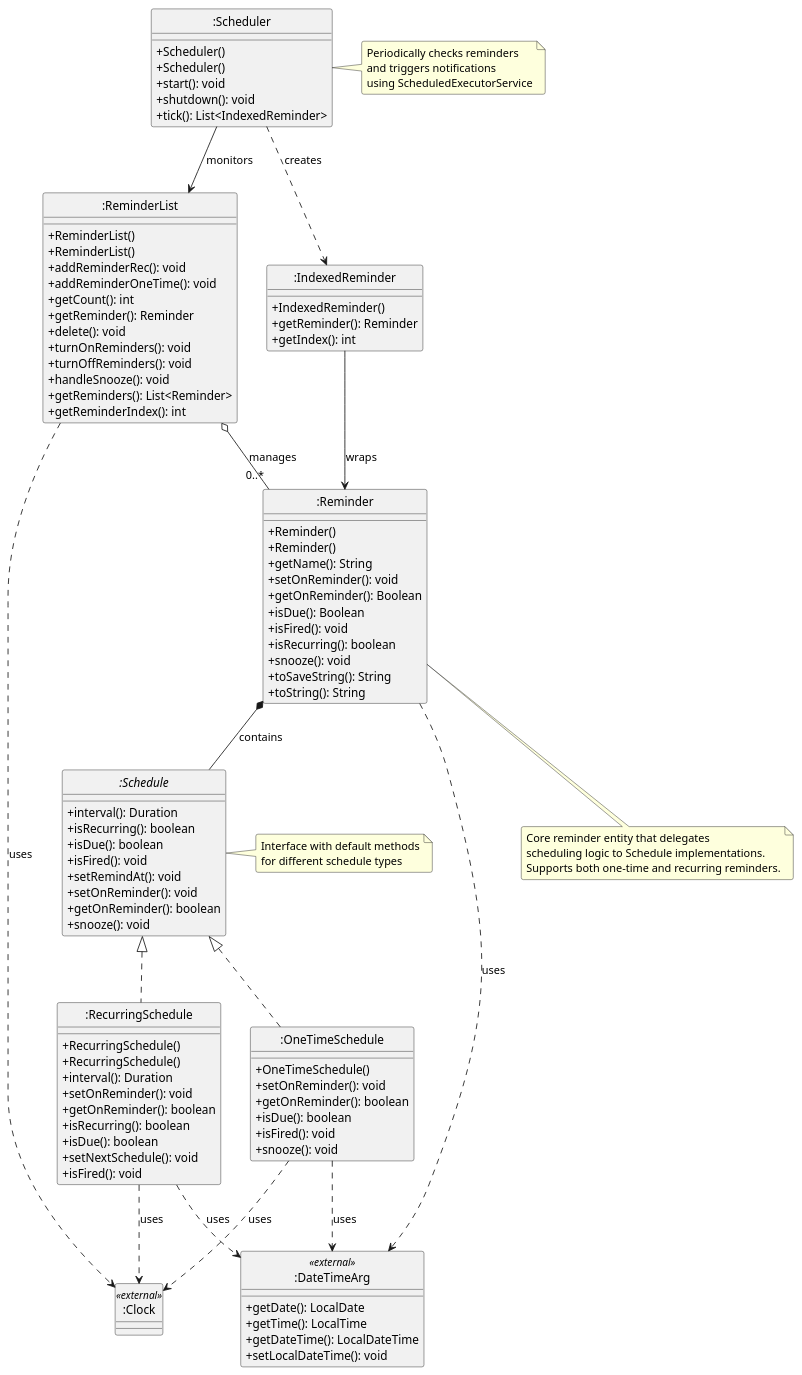
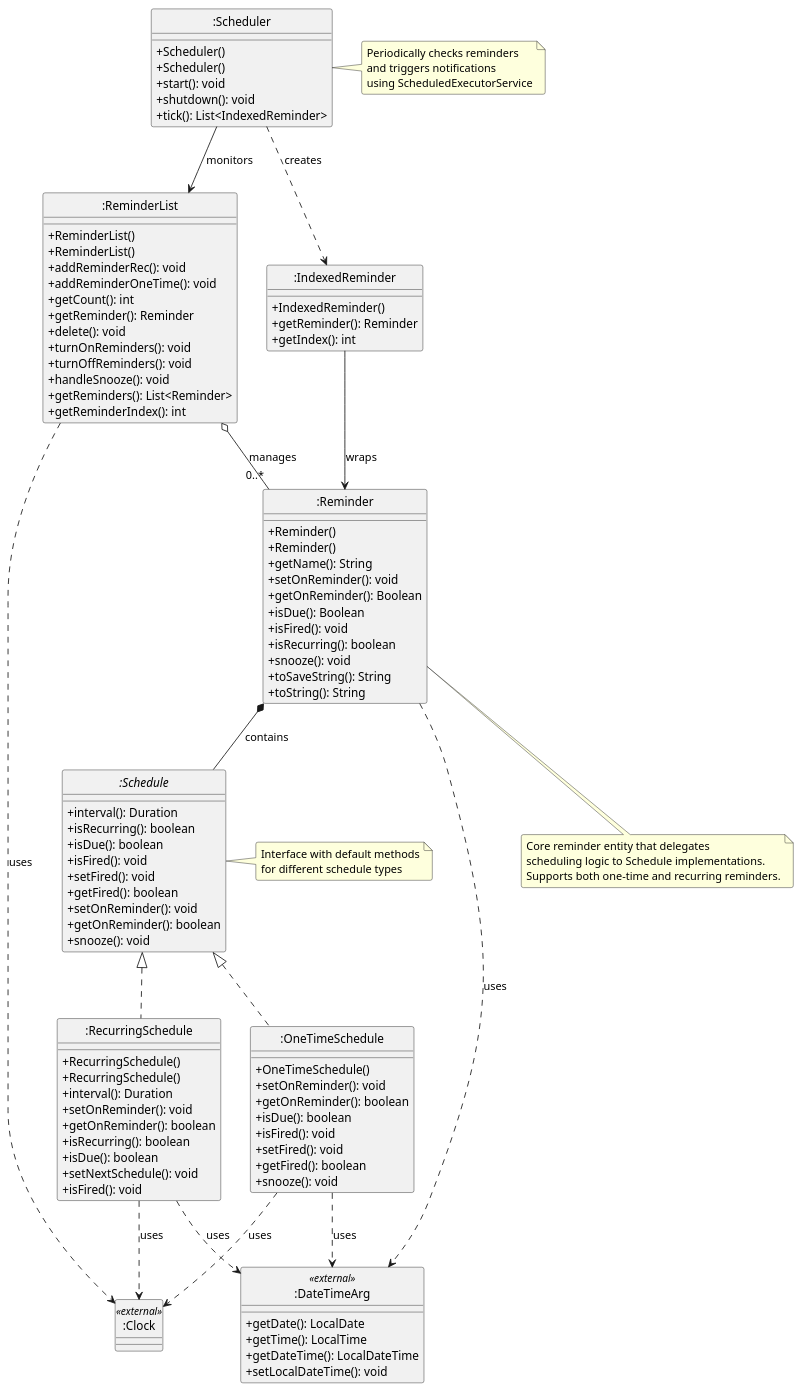
Before and after one commit to AY2526S1-CS2113-W12-3/tp: the diagram in docs/plantuml/Reminders.puml, drawn with PlantUML. The commit also changed 5 other files, not shown here.

Commit message:
Updated PlantUML diagrams to reflect latest implementation

```diff
--- a/docs/plantuml/Reminders.puml
+++ b/docs/plantuml/Reminders.puml
@@ -1,133 +1,136 @@
 @startuml ClassDiagram
 ' Class diagram - focusing on interactions
 skinparam classAttributeIconSize 0
 skinparam roundcorner 5
 hide circle
 
 ' Interface
 interface ":Schedule" {
   + interval(): Duration
   + isRecurring(): boolean
   + isDue(): boolean
   + isFired(): void
-  + setRemindAt(): void
+  + setFired(): void
+  + getFired(): boolean
   + setOnReminder(): void
   + getOnReminder(): boolean
   + snooze(): void
 }
 
 ' Schedule Implementations
 class ":OneTimeSchedule" {
   + OneTimeSchedule()
   + setOnReminder(): void
   + getOnReminder(): boolean
   + isDue(): boolean
   + isFired(): void
+  + setFired(): void
+  + getFired(): boolean
   + snooze(): void
 }
 
 class ":RecurringSchedule" {
   + RecurringSchedule()
   + RecurringSchedule()
   + interval(): Duration
   + setOnReminder(): void
   + getOnReminder(): boolean
   + isRecurring(): boolean
   + isDue(): boolean
   + setNextSchedule(): void
   + isFired(): void
 }
 
 ' Core Classes
 class ":Reminder" {
   + Reminder()
   + Reminder()
   + getName(): String
   + setOnReminder(): void
   + getOnReminder(): Boolean
   + isDue(): Boolean
   + isFired(): void
   + isRecurring(): boolean
   + snooze(): void
   + toSaveString(): String
   + toString(): String
 }
 
 class ":ReminderList" {
   + ReminderList()
   + ReminderList()
   + addReminderRec(): void
   + addReminderOneTime(): void
   + getCount(): int
   + getReminder(): Reminder
   + delete(): void
   + turnOnReminders(): void
   + turnOffReminders(): void
   + handleSnooze(): void
   + getReminders(): List<Reminder>
   + getReminderIndex(): int
 }
 
 class ":Scheduler" {
   + Scheduler()
   + Scheduler()
   + start(): void
   + shutdown(): void
   + tick(): List<IndexedReminder>
 }
 
 class ":IndexedReminder" {
   + IndexedReminder()
   + getReminder(): Reminder
   + getIndex(): int
 }
 
 ' External dependencies
 class ":DateTimeArg" <<external>> {
   + getDate(): LocalDate
   + getTime(): LocalTime
   + getDateTime(): LocalDateTime
   + setLocalDateTime(): void
 }
 
 class ":Clock" <<external>> {
 }
 
 ' Relationships
 ":Schedule" <|.. ":OneTimeSchedule"
 ":Schedule" <|.. ":RecurringSchedule"
 
 ":Reminder" *-- ":Schedule" : contains
 ":Reminder" ..> ":DateTimeArg" : uses
 
 ":ReminderList" o-- "0..*" ":Reminder" : manages
 ":ReminderList" ..> ":Clock" : uses
 
 ":Scheduler" --> ":ReminderList" : monitors
 ":Scheduler" ..> ":IndexedReminder" : creates
 
 ":IndexedReminder" --> ":Reminder" : wraps
 
 ":OneTimeSchedule" ..> ":DateTimeArg" : uses
 ":OneTimeSchedule" ..> ":Clock" : uses
 ":RecurringSchedule" ..> ":DateTimeArg" : uses
 ":RecurringSchedule" ..> ":Clock" : uses
 
 note right of ":Schedule"
   Interface with default methods
   for different schedule types
 end note
 
 note right of ":Scheduler"
   Periodically checks reminders
   and triggers notifications
   using ScheduledExecutorService
 end note
 
 note bottom of ":Reminder"
   Core reminder entity that delegates
   scheduling logic to Schedule implementations.
   Supports both one-time and recurring reminders.
 end note
 
 @enduml
```
